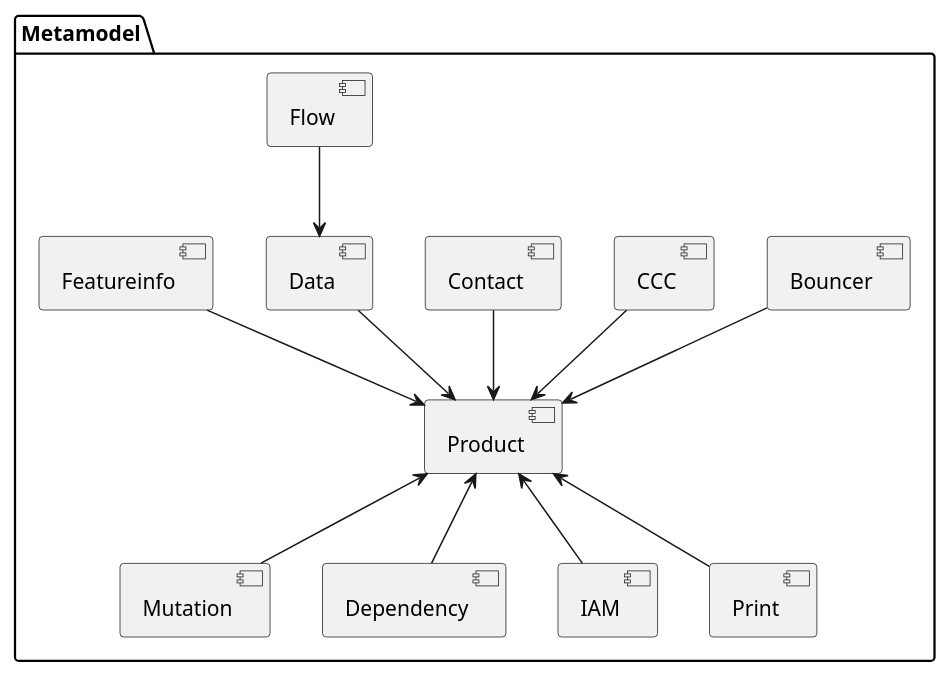
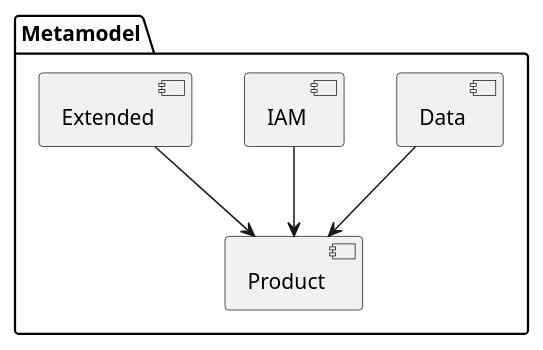
One commit to sogis/simi changed the diagram in code/doc/puml/src/overview.puml. Above: the diagram before and after it, drawn with PlantUML. The commit also changed 26 other files, not shown here.

```diff
--- a/code/doc/puml/src/overview.puml
+++ b/code/doc/puml/src/overview.puml
@@ -1,32 +1,13 @@
 @startuml
 package Metamodel {
   [Product] as prod
-
-  [Mutation] as mut
-
-  [Bouncer] as bouncer
-  [CCC] as ccc
-  [Contact] as con
   [Data] as data
-
-  [Dependency] as dep
-  [Flow] as flow
   [IAM] as iam
-  [Print] as print
-
-  [Featureinfo] as fi
+  [Extended] as ext
 }
 
-bouncer --> prod
-ccc --> prod
-con --> prod
+
 data --> prod
-fi --> prod
-
-flow --> data
-
-dep -up-> prod
-iam -up-> prod
-print -up-> prod
-mut -up-> prod
+iam --> prod
+ext --> prod
 @enduml
```
